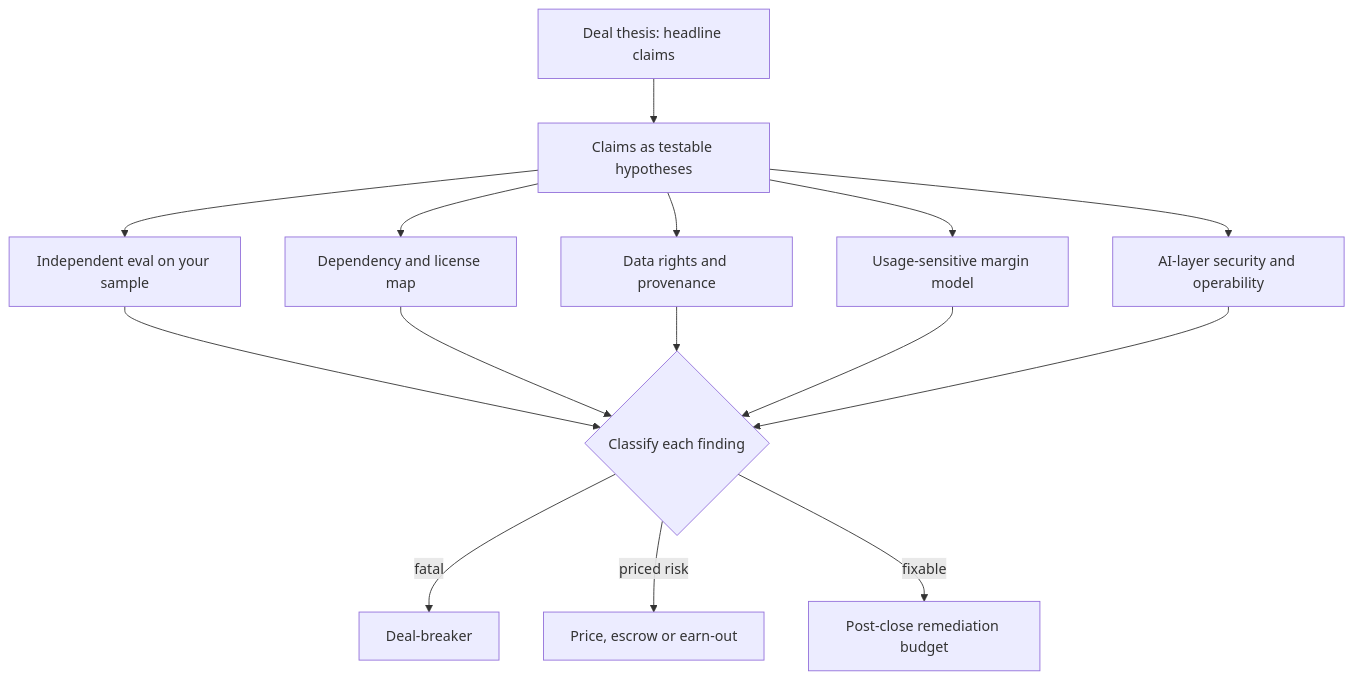
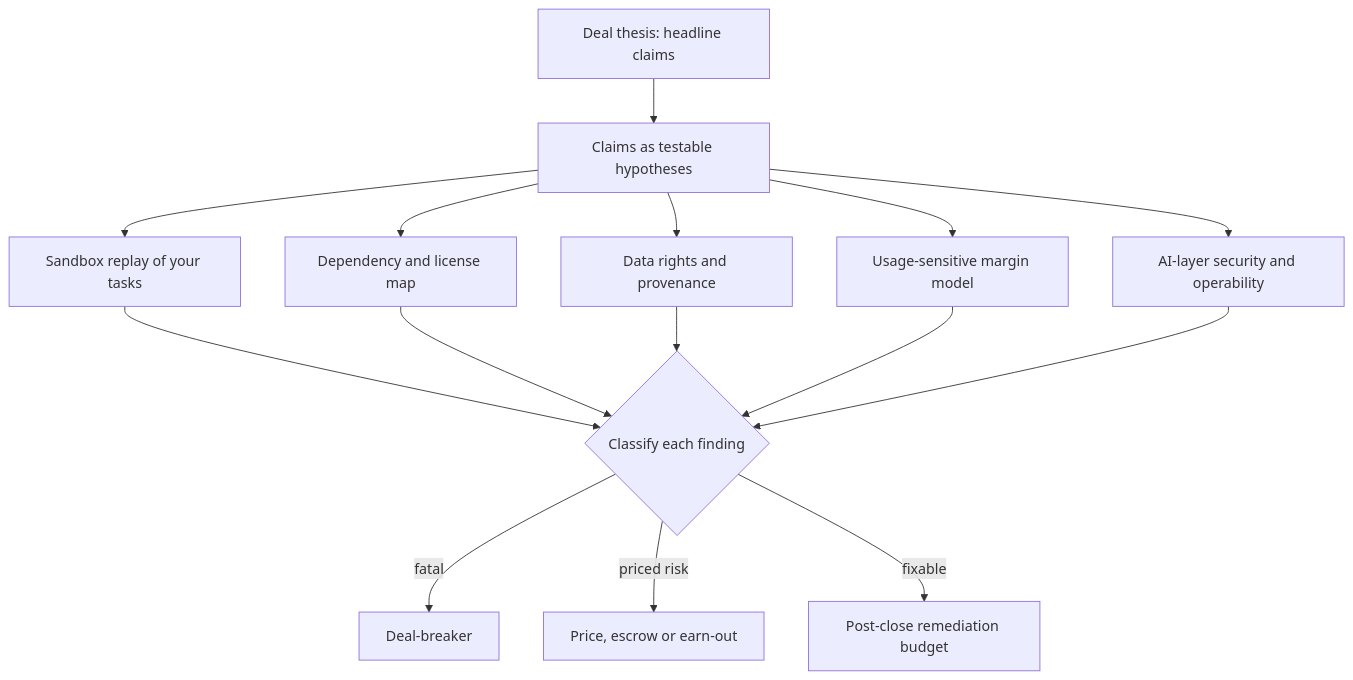
Before and after one commit to lovishmahajan97/agentic-learning: the diagram in content/strategy/technical-due-diligence.md, drawn with Mermaid. The commit also changed other lines of this file and 454 other files, not shown here.

````diff
--- a/content/strategy/technical-due-diligence.md
+++ b/content/strategy/technical-due-diligence.md
@@ -131,17 +157,17 @@
 ```mermaid
 flowchart TD
     T["Deal thesis: headline claims"] --> H["Claims as testable hypotheses"]
-    H --> E["Independent eval on your sample"]
+    H --> E["Sandbox replay of your tasks"]
     H --> DM["Dependency and license map"]
     H --> DR["Data rights and provenance"]
     H --> UE["Usage-sensitive margin model"]
     H --> SEC["AI-layer security and operability"]
     E --> F{"Classify each finding"}
     DM --> F
     DR --> F
     UE --> F
     SEC --> F
     F -->|"fatal"| DB["Deal-breaker"]
     F -->|"priced risk"| ADJ["Price, escrow or earn-out"]
     F -->|"fixable"| REM["Post-close remediation budget"]
 ```
````
